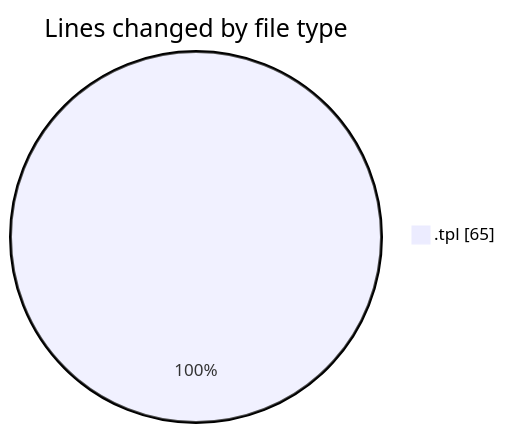
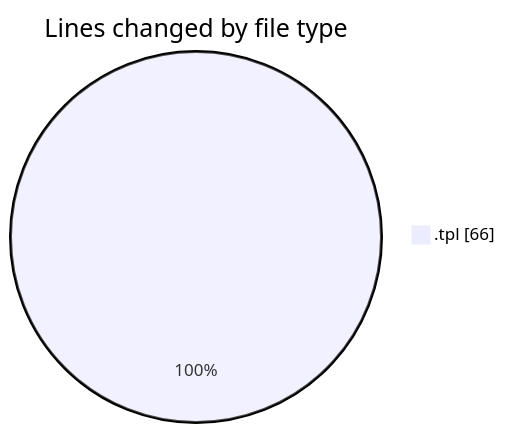
One commit to vahidmafi/code-tracking changed the first of 2 diagrams in 2025-03-24/zeytoon/README.md. Above: the diagram before and after it, drawn with Mermaid. The commit also changed other lines of this file and 1 other file, not shown here.

````diff
--- a/2025-03-24/zeytoon/README.md
+++ b/2025-03-24/zeytoon/README.md
@@ -20,5 +20,5 @@
 ```mermaid
 pie showData
 title Lines changed by file type
-".tpl" : 65
+".tpl" : 66
 ```
````
